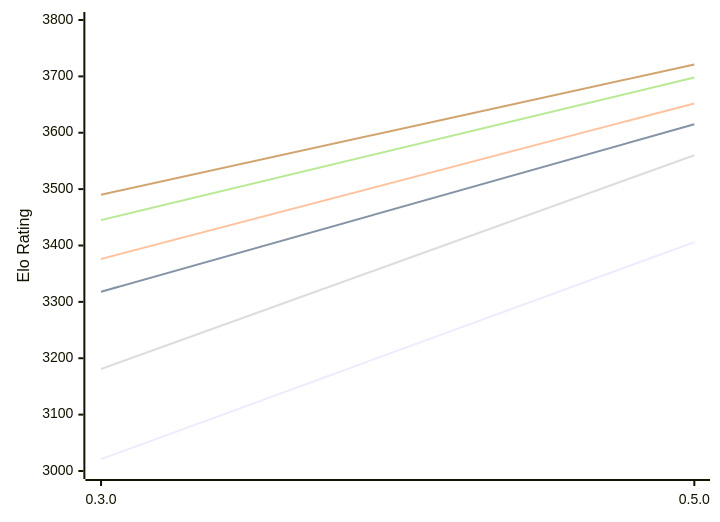
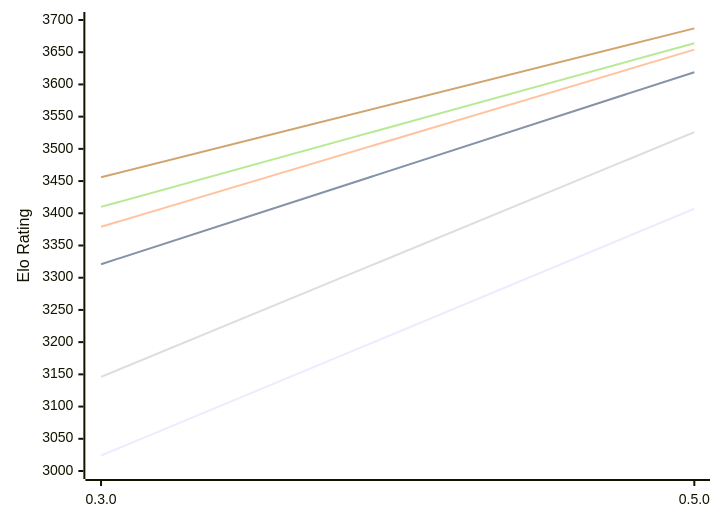
One commit to computer-chess-index/cci changed the first of 2 diagrams in engines/Justbot.md. Above: the diagram before and after it, drawn with Mermaid. The commit also changed other lines of this file, not shown here.

Commit message:
Update CCI Ratings (ELO VLTC) - 2026-10-23

````diff
--- a/engines/Justbot.md
+++ b/engines/Justbot.md
@@ -53,12 +53,12 @@
 ```mermaid
 %%{init: {"theme":"base","themeVariables":{"seriesColors:['#a3a3a3','#222221','#faa371']}}}%%
 xychart-beta
   x-axis ["0.3.0", "0.5.0"]
-  y-axis "Elo Rating" 3000 --> 3800
-  line "E1: STC (8.0+0.08s)" [3021, 3406]
-  line "E1: LTC (60.0+0.60s)" [3318, 3615]
-  line "E1: VLTC (2m24s+1.12s)" [3376, 3652]
-  line "P1: STC (8.0+0.08s)" [3181, 3560]
-  line "P1: LTC (60.0+0.60s)" [3445, 3698]
-  line "P1: VLTC (2m24s+1.12s)" [3490, 3721]
+  y-axis "Elo Rating" 3000 --> 3700
+  line "E1: STC (8.0+0.08s)" [3024, 3407]
+  line "E1: LTC (60.0+0.60s)" [3321, 3619]
+  line "E1: VLTC (2m24s+1.12s)" [3379, 3654]
+  line "P1: STC (8.0+0.08s)" [3146, 3526]
+  line "P1: LTC (60.0+0.60s)" [3410, 3664]
+  line "P1: VLTC (2m24s+1.12s)" [3456, 3687]
 ```
````
